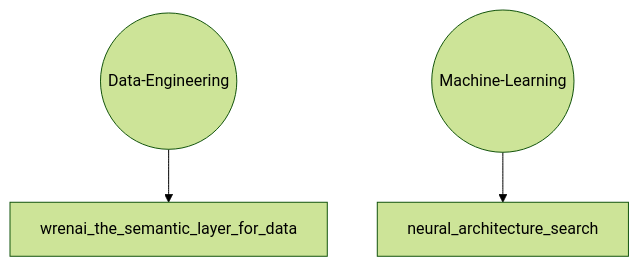
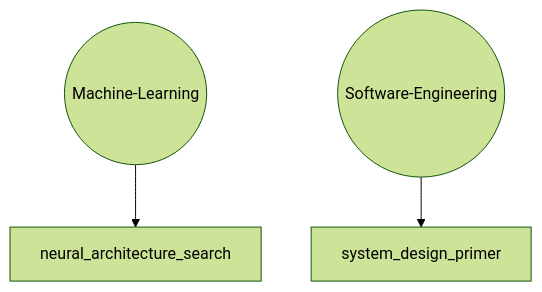
Before and after one commit to zparvez2z/TLDR: the diagram in README.md, drawn with Mermaid (forest theme). The commit also changed other lines of this file and 3 other files, not shown here.

````diff
--- a/README.md
+++ b/README.md
@@ -4,7 +4,7 @@
 ```mermaid
 graph TD
-    Data-Engineering(( Data-Engineering ))
-    Data-Engineering --> wrenai_the_semantic_layer_for_data
     Machine-Learning(( Machine-Learning ))
     Machine-Learning --> neural_architecture_search
+    Software-Engineering(( Software-Engineering ))
+    Software-Engineering --> system_design_primer
 ```
````
